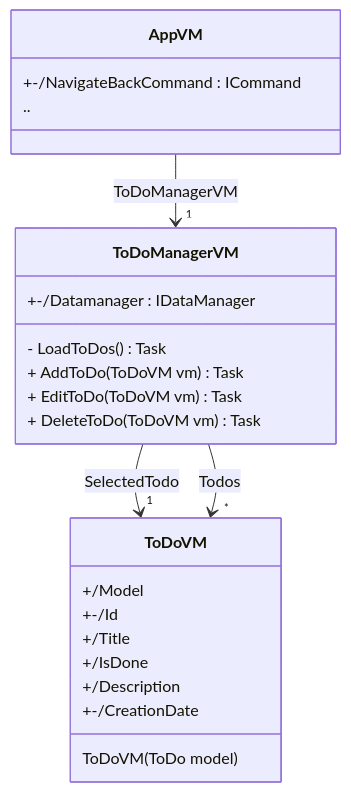
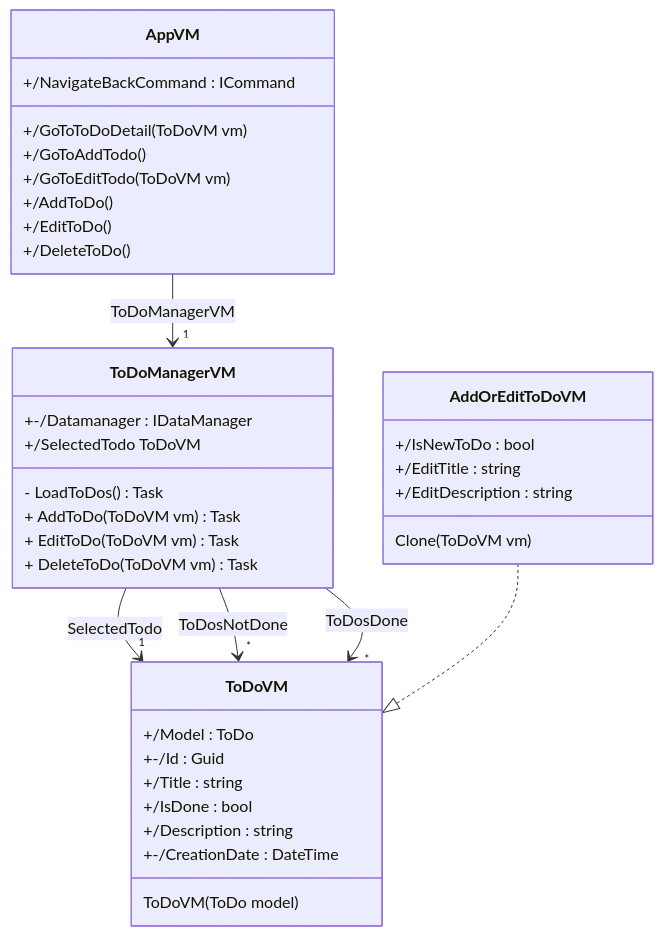
The second of 2 diagrams in README.md (HandyS11/ToDo_App), drawn with Mermaid before and after one commit. The commit also changed other lines of this file, not shown here.

Commit message:
update readme architecture

````diff
--- a/README.md
+++ b/README.md
@@ -72,29 +71,44 @@
 ```mermaid
 classDiagram
 
 class AppVM {
-    +-/NavigateBackCommand : ICommand
-    ..
+    +/NavigateBackCommand : ICommand
+    +/GoToToDoDetail(ToDoVM vm)
+    +/GoToAddTodo()
+    +/GoToEditTodo(ToDoVM vm)
+    +/AddToDo()
+    +/EditToDo()
+    +/DeleteToDo()
 }
 AppVM --> "1" ToDoManagerVM : ToDoManagerVM
 
 class ToDoManagerVM {
     +-/Datamanager : IDataManager
+    +/SelectedTodo ToDoVM
     - LoadToDos() Task
     + AddToDo(ToDoVM vm) Task
     + EditToDo(ToDoVM vm) Task
     + DeleteToDo(ToDoVM vm) Task
 }
 ToDoManagerVM --> "1" ToDoVM : SelectedTodo
-ToDoManagerVM --> "*" ToDoVM : Todos
+ToDoManagerVM --> "*" ToDoVM : ToDosNotDone
+ToDoManagerVM --> "*" ToDoVM : ToDosDone
 
 class ToDoVM {
-    +/Model
-    +-/Id
-    +/Title
-    +/IsDone
-    +/Description
-    +-/CreationDate
+    +/Model : ToDo
+    +-/Id : Guid
+    +/Title : string
+    +/IsDone : bool
+    +/Description : string
+    +-/CreationDate : DateTime
     ToDoVM(ToDo model)
 }
+
+class AddOrEditToDoVM {
+    +/IsNewToDo : bool
+    +/EditTitle : string
+    +/EditDescription : string
+    Clone(ToDoVM vm)
+}
+AddOrEditToDoVM ..|> ToDoVM
 ```
````
